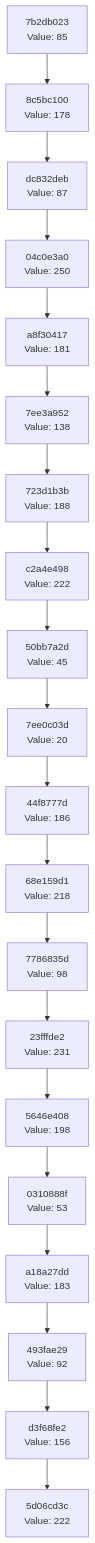
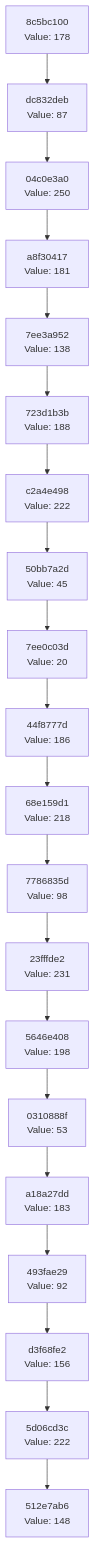
The diagram in docs/CHAIN_VISUALIZATION.md (Abhisheksinha1506/hash-chain-evolver), drawn with Mermaid before and after one commit. The commit also changed 2 other files, not shown here.

Commit message:
Evolution Step

````diff
--- a/docs/CHAIN_VISUALIZATION.md
+++ b/docs/CHAIN_VISUALIZATION.md
@@ -3,42 +3,42 @@
 ```mermaid
 graph TD
-    C0["5d06cd3c<br/>Value: 222"]
-    C1["d3f68fe2<br/>Value: 156"]
+    C0["512e7ab6<br/>Value: 148"]
+    C1["5d06cd3c<br/>Value: 222"]
     C1 --> C0
-    C2["493fae29<br/>Value: 92"]
+    C2["d3f68fe2<br/>Value: 156"]
     C2 --> C1
-    C3["a18a27dd<br/>Value: 183"]
+    C3["493fae29<br/>Value: 92"]
     C3 --> C2
-    C4["0310888f<br/>Value: 53"]
+    C4["a18a27dd<br/>Value: 183"]
     C4 --> C3
-    C5["5646e408<br/>Value: 198"]
+    C5["0310888f<br/>Value: 53"]
     C5 --> C4
-    C6["23fffde2<br/>Value: 231"]
+    C6["5646e408<br/>Value: 198"]
     C6 --> C5
-    C7["7786835d<br/>Value: 98"]
+    C7["23fffde2<br/>Value: 231"]
     C7 --> C6
-    C8["68e159d1<br/>Value: 218"]
+    C8["7786835d<br/>Value: 98"]
     C8 --> C7
-    C9["44f8777d<br/>Value: 186"]
+    C9["68e159d1<br/>Value: 218"]
     C9 --> C8
-    C10["7ee0c03d<br/>Value: 20"]
+    C10["44f8777d<br/>Value: 186"]
     C10 --> C9
-    C11["50bb7a2d<br/>Value: 45"]
+    C11["7ee0c03d<br/>Value: 20"]
     C11 --> C10
-    C12["c2a4e498<br/>Value: 222"]
+    C12["50bb7a2d<br/>Value: 45"]
     C12 --> C11
-    C13["723d1b3b<br/>Value: 188"]
+    C13["c2a4e498<br/>Value: 222"]
     C13 --> C12
-    C14["7ee3a952<br/>Value: 138"]
+    C14["723d1b3b<br/>Value: 188"]
     C14 --> C13
-    C15["a8f30417<br/>Value: 181"]
+    C15["7ee3a952<br/>Value: 138"]
     C15 --> C14
-    C16["04c0e3a0<br/>Value: 250"]
+    C16["a8f30417<br/>Value: 181"]
     C16 --> C15
-    C17["dc832deb<br/>Value: 87"]
+    C17["04c0e3a0<br/>Value: 250"]
     C17 --> C16
-    C18["8c5bc100<br/>Value: 178"]
+    C18["dc832deb<br/>Value: 87"]
     C18 --> C17
-    C19["7b2db023<br/>Value: 85"]
+    C19["8c5bc100<br/>Value: 178"]
     C19 --> C18
 ```
````
